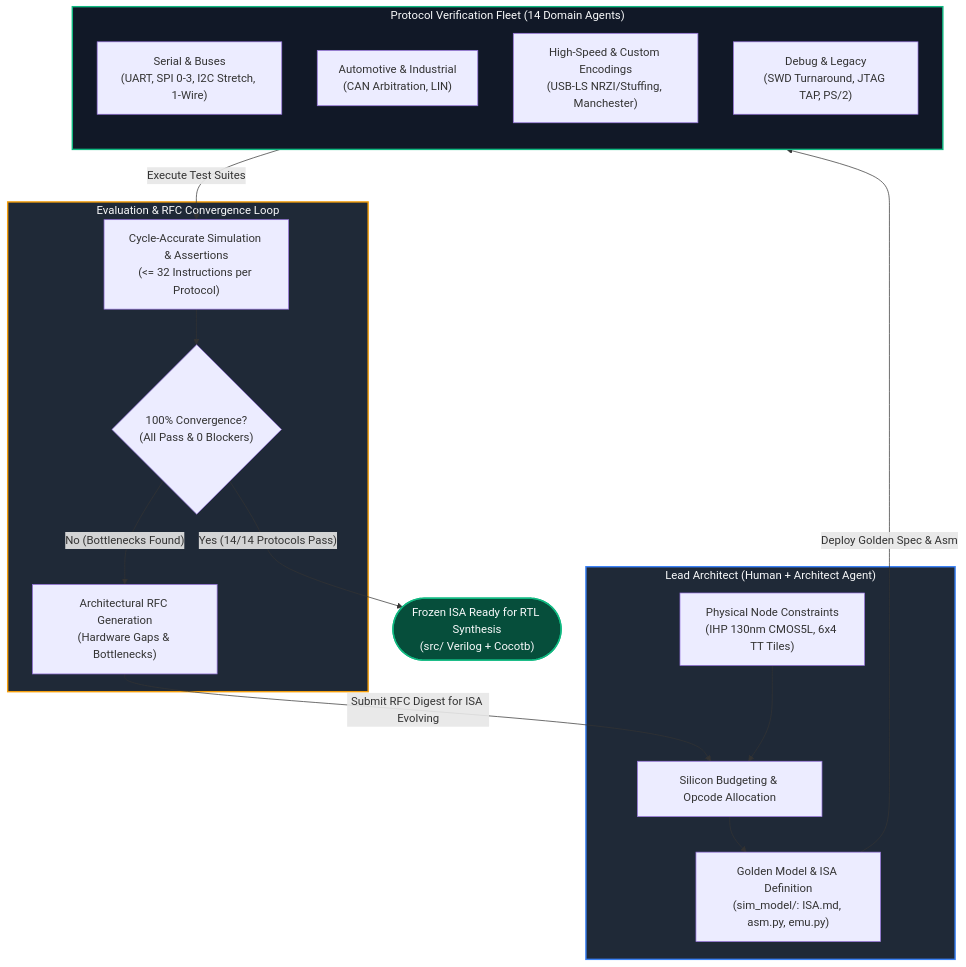
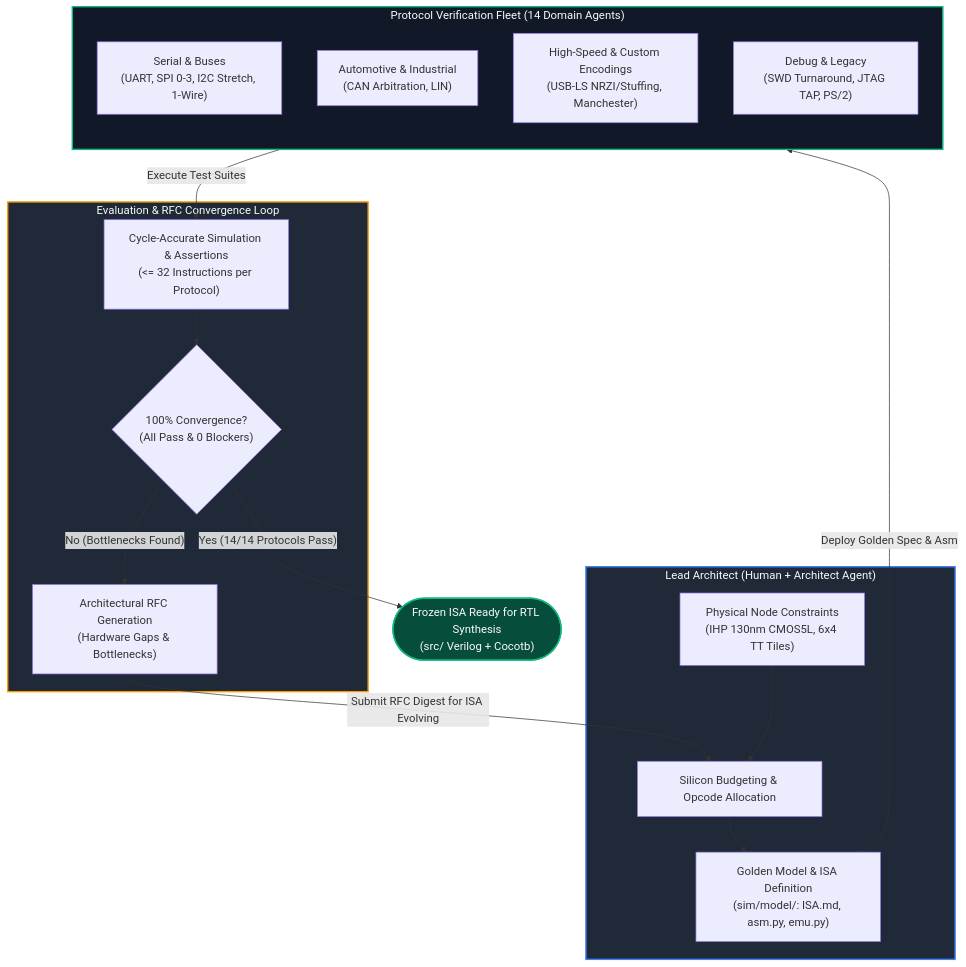
One commit to theotacconi/openPIO changed the diagram in README.md. Above: the diagram before and after it, drawn with Mermaid. The commit also changed other lines of this file, not shown here.

Commit message:
docs(readme): fix golden model path to sim/model/

````diff
--- a/README.md
+++ b/README.md
@@ -48,39 +48,39 @@
 ```mermaid
 flowchart TD
     subgraph ARCH["Lead Architect (Human + Architect Agent)"]
         A1["Physical Node Constraints<br/>(IHP 130nm CMOS5L, 6x4 TT Tiles)"]
         A2["Silicon Budgeting & Opcode Allocation"]
-        A3["Golden Model & ISA Definition<br/>(sim_model/: ISA.md, asm.py, emu.py)"]
+        A3["Golden Model & ISA Definition<br/>(sim/model/: ISA.md, asm.py, emu.py)"]
         A1 --> A2 --> A3
     end
 
     subgraph FLEET["Protocol Verification Fleet (14 Domain Agents)"]
         direction TB
         F1["Serial & Buses<br/>(UART, SPI 0-3, I2C Stretch, 1-Wire)"]
         F2["Automotive & Industrial<br/>(CAN Arbitration, LIN)"]
         F3["High-Speed & Custom Encodings<br/>(USB-LS NRZI/Stuffing, Manchester)"]
         F4["Debug & Legacy<br/>(SWD Turnaround, JTAG TAP, PS/2)"]
     end
 
     subgraph EVAL["Evaluation & RFC Convergence Loop"]
         E1["Cycle-Accurate Simulation & Assertions<br/>(<= 32 Instructions per Protocol)"]
         E2{"100% Convergence?<br/>(All Pass & 0 Blockers)"}
         E3["Architectural RFC Generation<br/>(Hardware Gaps & Bottlenecks)"]
     end
 
     FINAL(["Frozen ISA Ready for RTL Synthesis<br/>(src/ Verilog + Cocotb)"])
 
     %% Dataflow
     A3 -->|"Deploy Golden Spec & Asm"| FLEET
     FLEET -->|"Execute Test Suites"| E1
     E1 --> E2
     E2 -- "No (Bottlenecks Found)" --> E3
     E3 -->|"Submit RFC Digest for ISA Evolving"| A2
     E2 -- "Yes (14/14 Protocols Pass)" --> FINAL
 
     %% Styling
     style ARCH fill:#1f2937,stroke:#3b82f6,stroke-width:2px,color:#f9fafb
     style FLEET fill:#111827,stroke:#10b981,stroke-width:2px,color:#f9fafb
     style EVAL fill:#1f2937,stroke:#f59e0b,stroke-width:2px,color:#f9fafb
     style FINAL fill:#064e3b,stroke:#10b981,stroke-width:2px,color:#f9fafb
 ```
````
